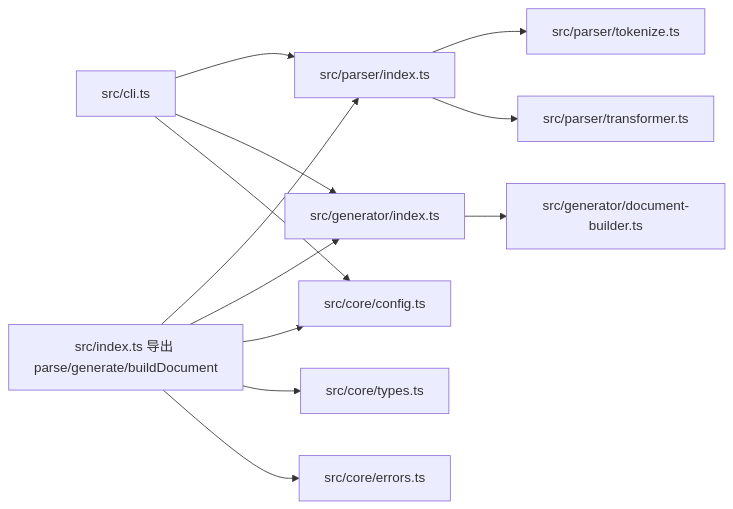
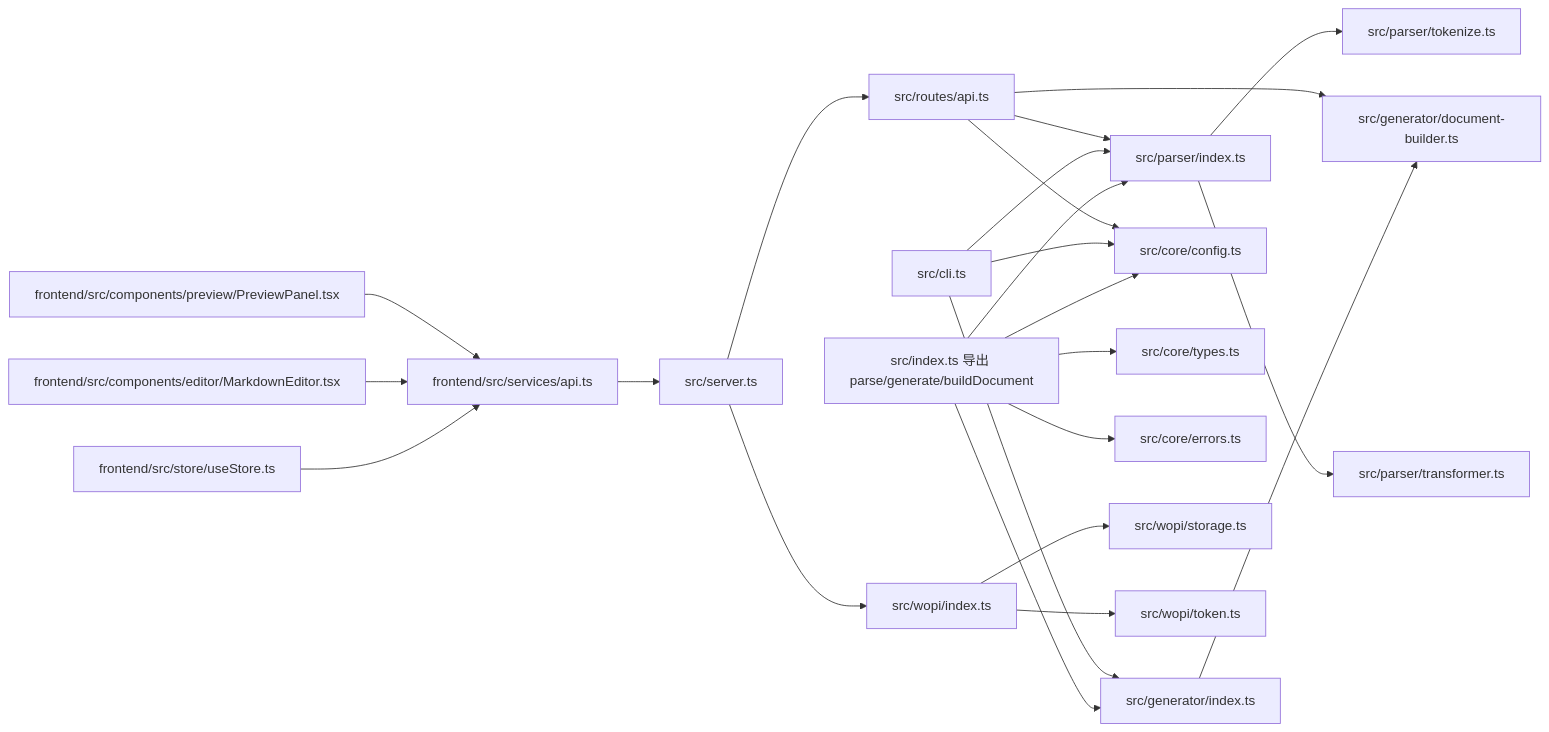
The fifth of 7 diagrams in .lingma/repowiki/zh/content/API 参考/核心 API.md (wanwushelie/markdown-to-word-studio), drawn with Mermaid before and after one commit. The commit also changed other lines of this file and 21 other files, not shown here.

````diff
--- a/.lingma/repowiki/zh/content/API 参考/核心 API.md
+++ b/.lingma/repowiki/zh/content/API 参考/核心 API.md
@@ -320,14 +442,25 @@
 ```mermaid
 graph LR
 A["src/index.ts 导出 parse/generate/buildDocument"] --> B["src/parser/index.ts"]
 B --> C["src/parser/tokenize.ts"]
 B --> D["src/parser/transformer.ts"]
 A --> E["src/generator/index.ts"]
 E --> F["src/generator/document-builder.ts"]
 A --> G["src/core/config.ts"]
 A --> H["src/core/types.ts"]
 A --> I["src/core/errors.ts"]
 J["src/cli.ts"] --> B
 J --> E
 J --> G
+K["src/server.ts"] --> L["src/routes/api.ts"]
+K --> M["src/wopi/index.ts"]
+L --> B
+L --> F
+L --> G
+M --> N["src/wopi/storage.ts"]
+M --> O["src/wopi/token.ts"]
+P["frontend/src/services/api.ts"] --> K
+Q["frontend/src/store/useStore.ts"] --> P
+R["frontend/src/components/editor/MarkdownEditor.tsx"] --> P
+S["frontend/src/components/preview/PreviewPanel.tsx"] --> P
 ```
````
